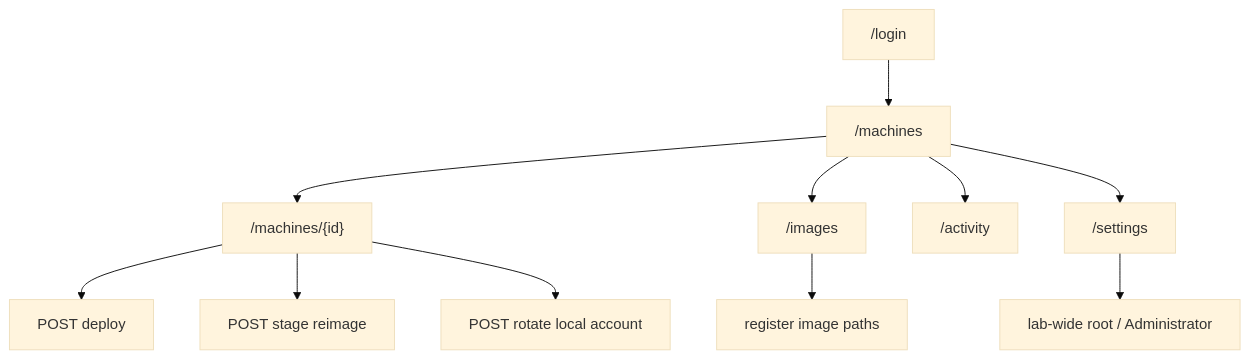
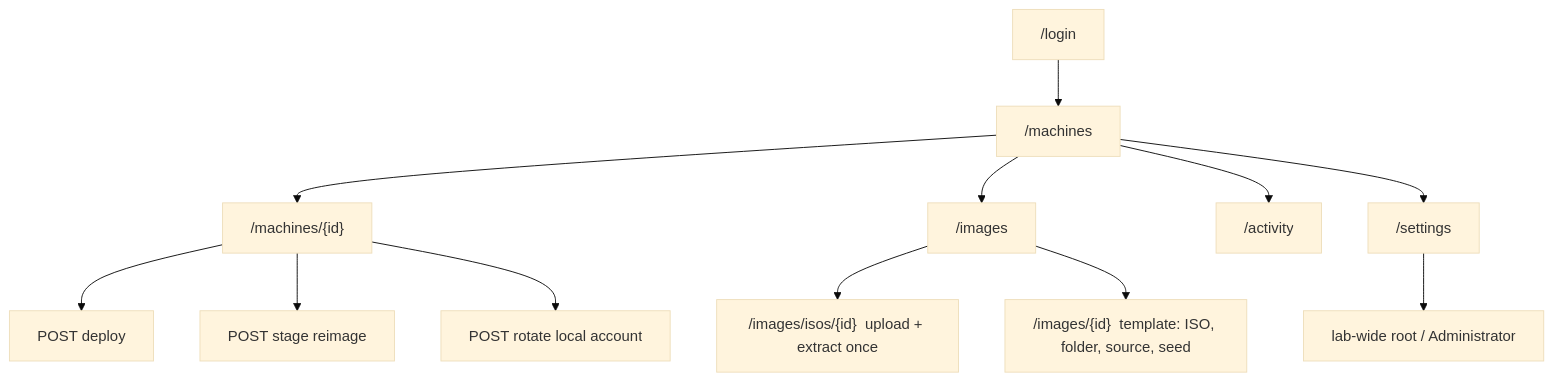
One commit to hometinker12/home-lab-pxe changed the tenth of 24 diagrams in ARCHITECTURE.md. Above: the diagram before and after it, drawn with Mermaid (base theme). The commit also changed other lines of this file and 26 other files, not shown here.

First line of the commit message:
Enhance ISO management and template integration in the image library

````diff
--- a/ARCHITECTURE.md
+++ b/ARCHITECTURE.md
@@ -252,13 +252,14 @@
 ```mermaid
 flowchart TB
   Login["/login"] --> Machines["/machines"]
   Machines --> Detail["/machines/{id}"]
   Machines --> Images["/images"]
   Machines --> Activity["/activity"]
   Machines --> Settings["/settings"]
   Detail --> Deploy["POST deploy"]
   Detail --> Stage["POST stage reimage"]
   Detail --> Creds["POST rotate local account"]
-  Images --> Import["register image paths"]
+  Images --> IsoPage["/images/isos/{id}  upload + extract once"]
+  Images --> Template["/images/{id}  template: ISO, folder, source, seed"]
   Settings --> Defaults["lab-wide root / Administrator"]
 ```
````
